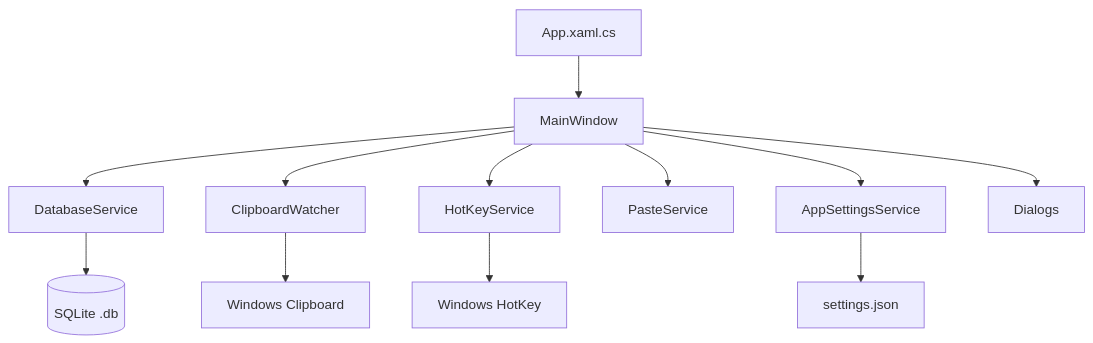
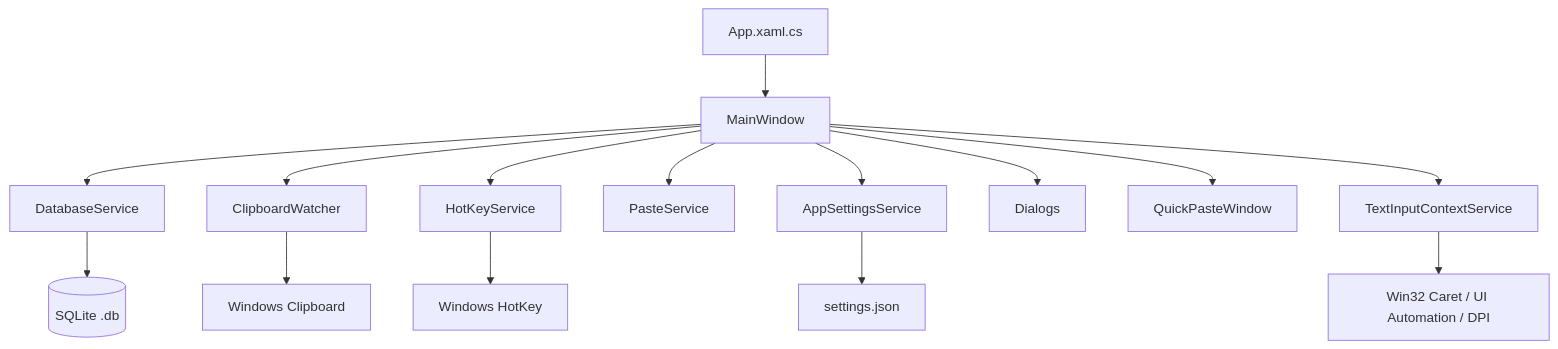
One commit to MoeKernel/PromptPaste changed the diagram in docs/02-架构与代码结构.md. Above: the diagram before and after it, drawn with Mermaid. The commit also changed other lines of this file and 14 other files, not shown here.

````diff
--- a/docs/02-架构与代码结构.md
+++ b/docs/02-架构与代码结构.md
@@ -7,14 +7,17 @@
 ```mermaid
 graph TD
     A[App.xaml.cs] --> B[MainWindow]
     B --> C[DatabaseService]
     B --> D[ClipboardWatcher]
     B --> E[HotKeyService]
     B --> F[PasteService]
     B --> G[AppSettingsService]
     B --> H[Dialogs]
+    B --> Q[QuickPasteWindow]
+    B --> T[TextInputContextService]
     C --> I[(SQLite .db)]
     G --> J[settings.json]
     D --> K[Windows Clipboard]
     E --> L[Windows HotKey]
+    T --> M[Win32 Caret / UI Automation / DPI]
 ```
````
